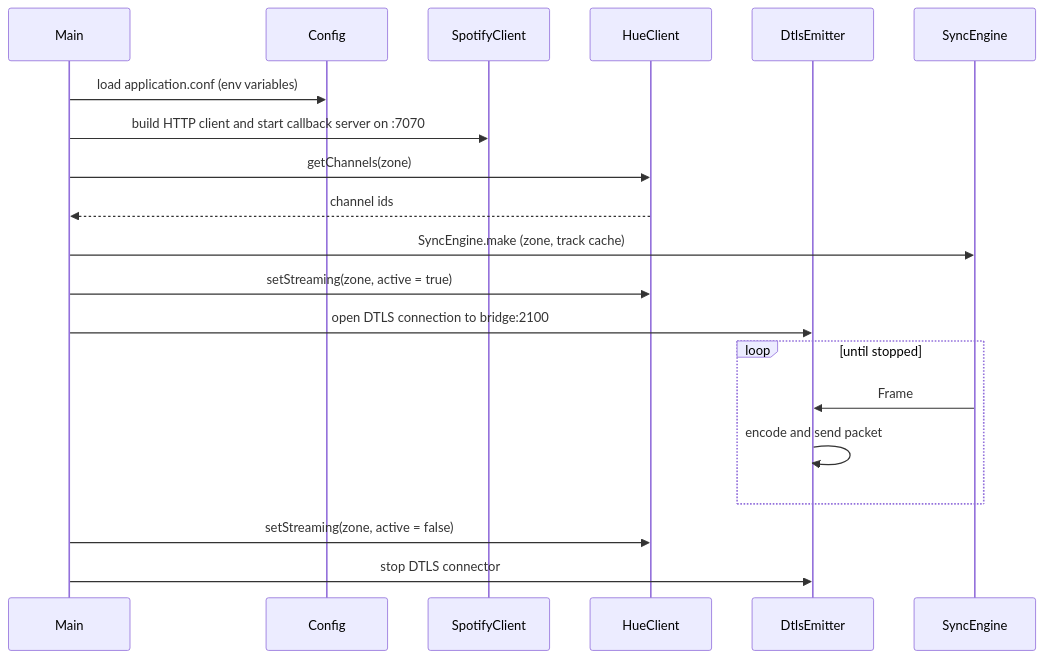
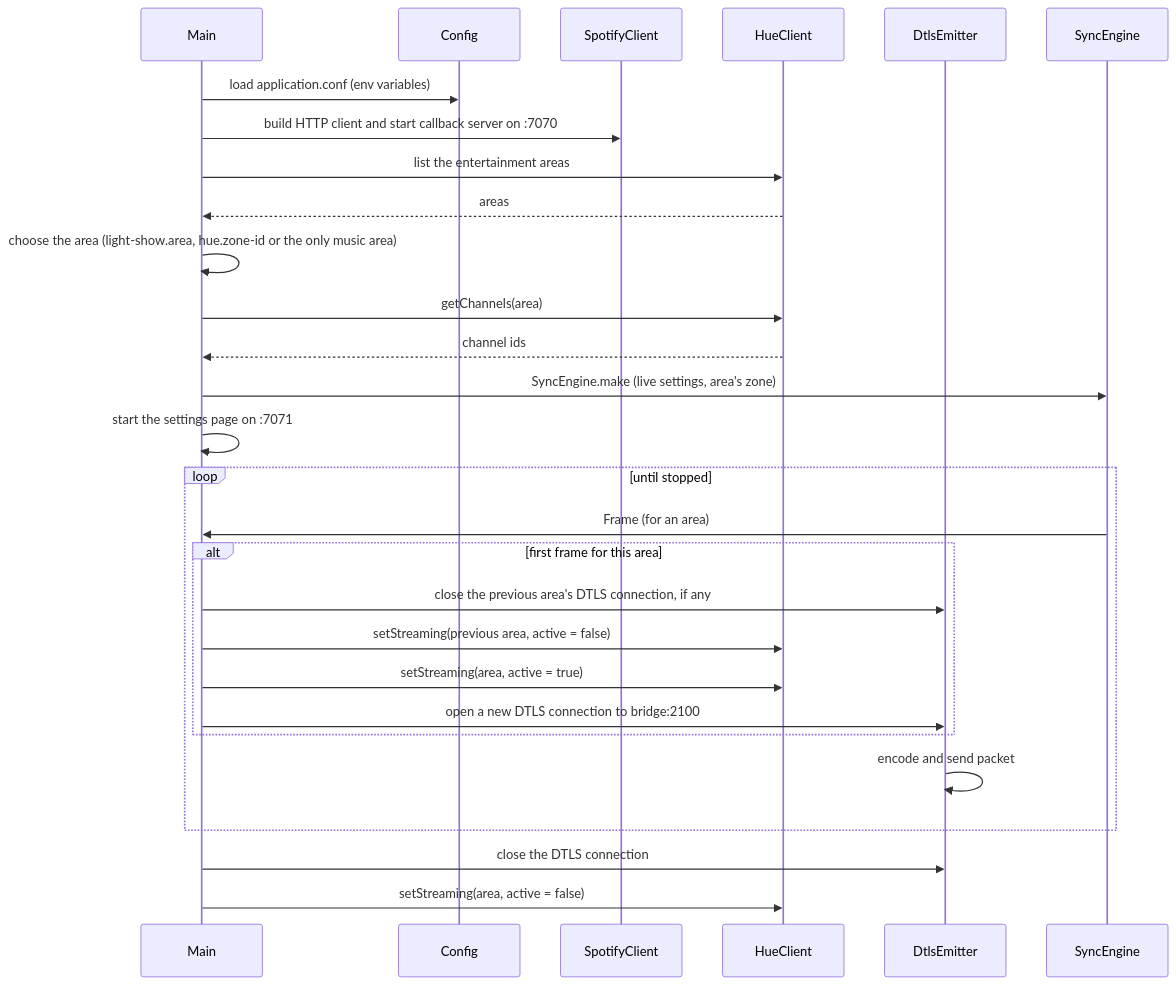
Before and after one commit to LorenzoPrinsloo/spotify-hue-sync: the third of 3 diagrams in docs/architecture.md, drawn with Mermaid. The commit also changed other lines of this file and 3 other files, not shown here.

First line of the commit message:
Bring the docs up to date with the settings page and entertainment areas

````diff
--- a/docs/architecture.md
+++ b/docs/architecture.md
@@ -228,23 +263,31 @@
 ```mermaid
 sequenceDiagram
     participant M as Main
     participant C as Config
     participant S as SpotifyClient
     participant H as HueClient
     participant D as DtlsEmitter
     participant E as SyncEngine
 
     M->>C: load application.conf (env variables)
     M->>S: build HTTP client and start callback server on :7070
-    M->>H: getChannels(zone)
+    M->>H: list the entertainment areas
+    H-->>M: areas
+    M->>M: choose the area (light-show.area, hue.zone-id or the only music area)
+    M->>H: getChannels(area)
     H-->>M: channel ids
-    M->>E: SyncEngine.make (zone, track cache)
-    M->>H: setStreaming(zone, active = true)
-    M->>D: open DTLS connection to bridge:2100
+    M->>E: SyncEngine.make (live settings, area's zone)
+    M->>M: start the settings page on :7071
     loop until stopped
-        E->>D: Frame
+        E->>M: Frame (for an area)
+        alt first frame for this area
+            M->>D: close the previous area's DTLS connection, if any
+            M->>H: setStreaming(previous area, active = false)
+            M->>H: setStreaming(area, active = true)
+            M->>D: open a new DTLS connection to bridge:2100
+        end
         D->>D: encode and send packet
     end
-    M->>H: setStreaming(zone, active = false)
-    M->>D: stop DTLS connector
+    M->>D: close the DTLS connection
+    M->>H: setStreaming(area, active = false)
 ```
````
